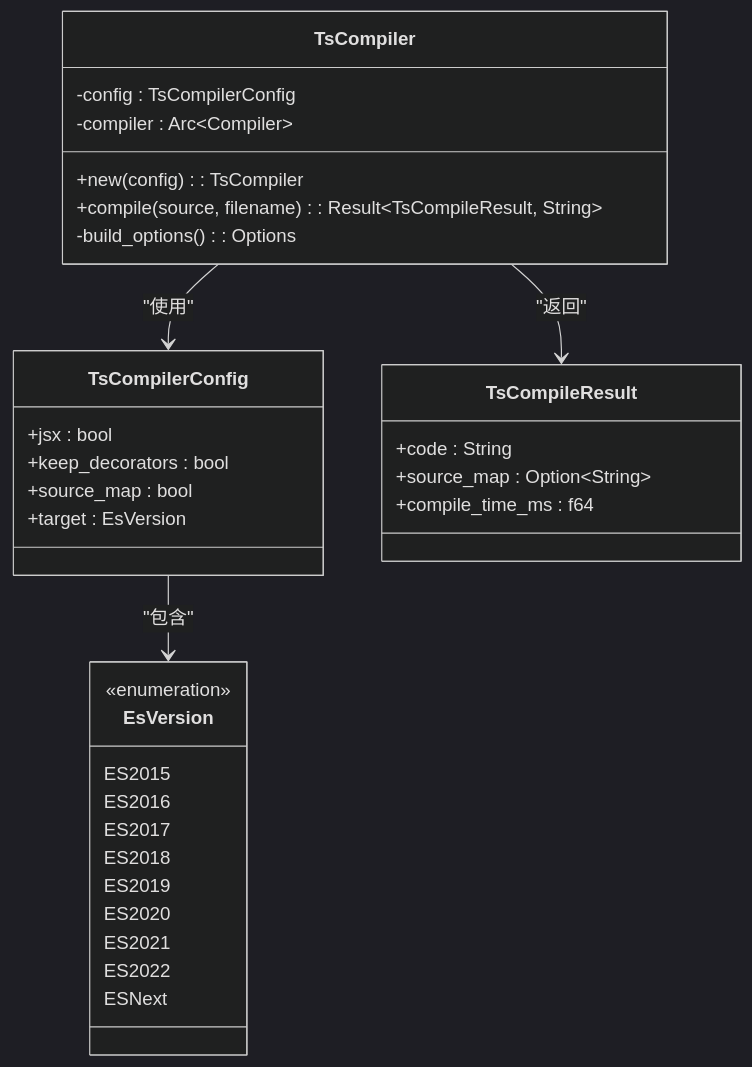
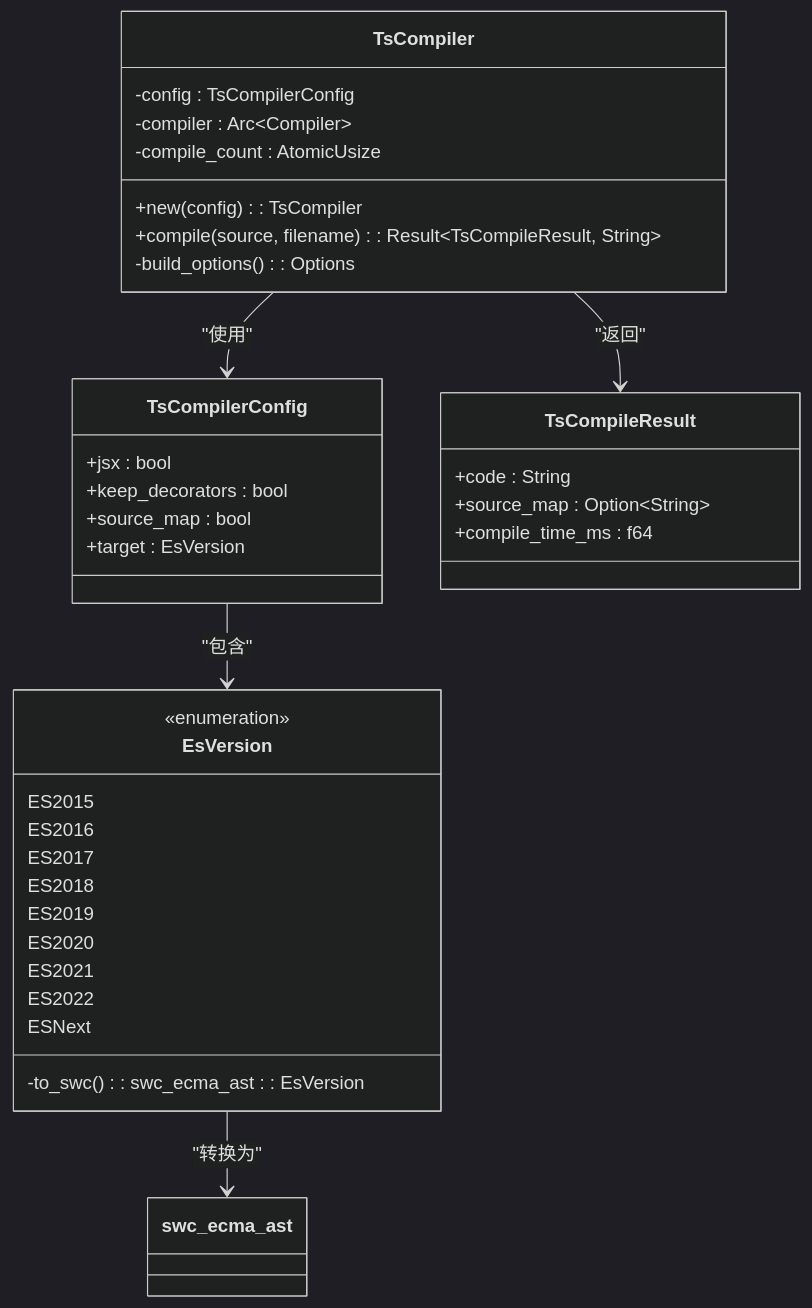
The second of 7 diagrams in .qoder/repowiki/zh/content/项目概述/技术架构总览/SWC62集成完成报告.md (itszzl-sudo/iris), drawn with Mermaid (dark theme) before and after one commit. The commit also changed other lines of this file and 6 other files, not shown here.

````diff
--- a/.qoder/repowiki/zh/content/项目概述/技术架构总览/SWC62集成完成报告.md
+++ b/.qoder/repowiki/zh/content/项目概述/技术架构总览/SWC62集成完成报告.md
@@ -86,36 +93,39 @@
 ```mermaid
 classDiagram
 class TsCompiler {
 -config : TsCompilerConfig
 -compiler : Arc~Compiler~
+-compile_count : AtomicUsize
 +new(config) : TsCompiler
 +compile(source, filename) : Result~TsCompileResult, String~
 -build_options() : Options
 }
 class TsCompilerConfig {
 +jsx : bool
 +keep_decorators : bool
 +source_map : bool
 +target : EsVersion
 }
 class TsCompileResult {
 +code : String
 +source_map : Option~String~
 +compile_time_ms : f64
 }
 class EsVersion {
 <<enumeration>>
 ES2015
 ES2016
 ES2017
 ES2018
 ES2019
 ES2020
 ES2021
 ES2022
 ESNext
+-to_swc() : swc_ecma_ast : : EsVersion
 }
 TsCompiler --> TsCompilerConfig : "使用"
 TsCompiler --> TsCompileResult : "返回"
 TsCompilerConfig --> EsVersion : "包含"
+EsVersion --> swc_ecma_ast : "转换为"
 ```
````
